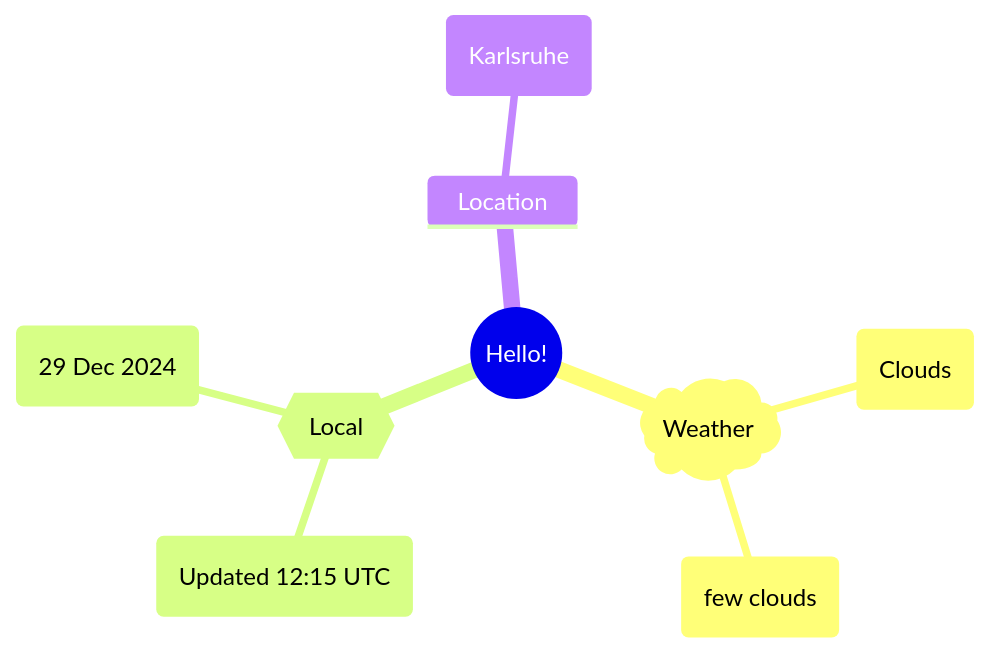
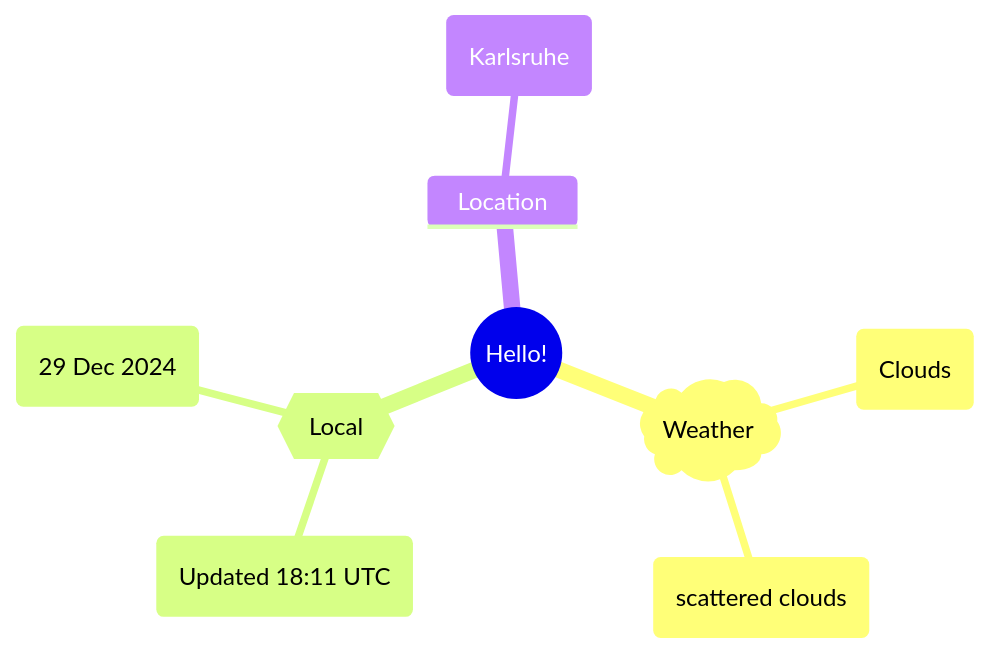
Before and after one commit to Xosrov/Xosrov: the first of 2 diagrams in README.md, drawn with Mermaid.

Commit message:
[bot] updated images

````diff
--- a/README.md
+++ b/README.md
@@ -3,12 +3,12 @@
 ```mermaid
 mindmap
   root((Hello!))
     )Weather(
         (Clouds)
-        (few clouds)
+        (scattered clouds)
     {{Local}}
-        (Updated 12:15 UTC)
+        (Updated 18:11 UTC)
         (29 Dec 2024)
     Location
         (Karlsruhe)
 ```
````
